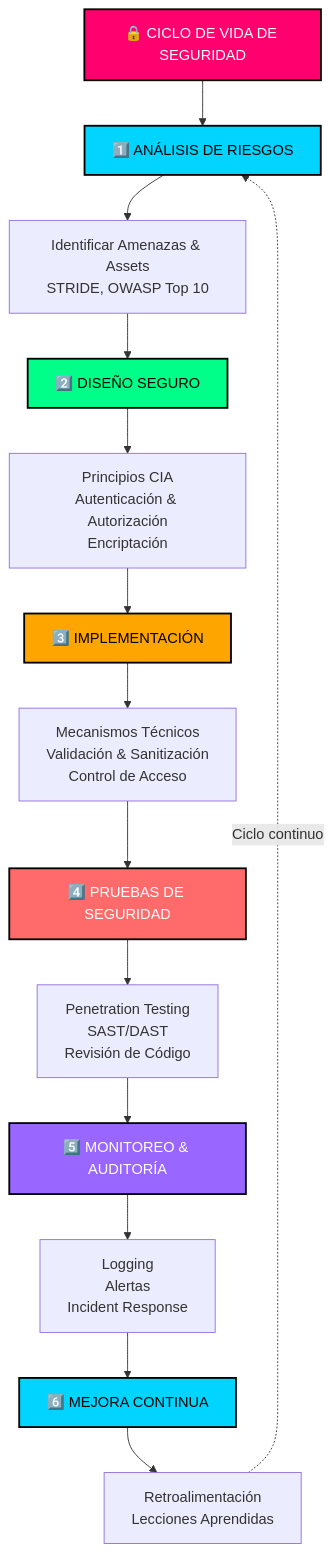
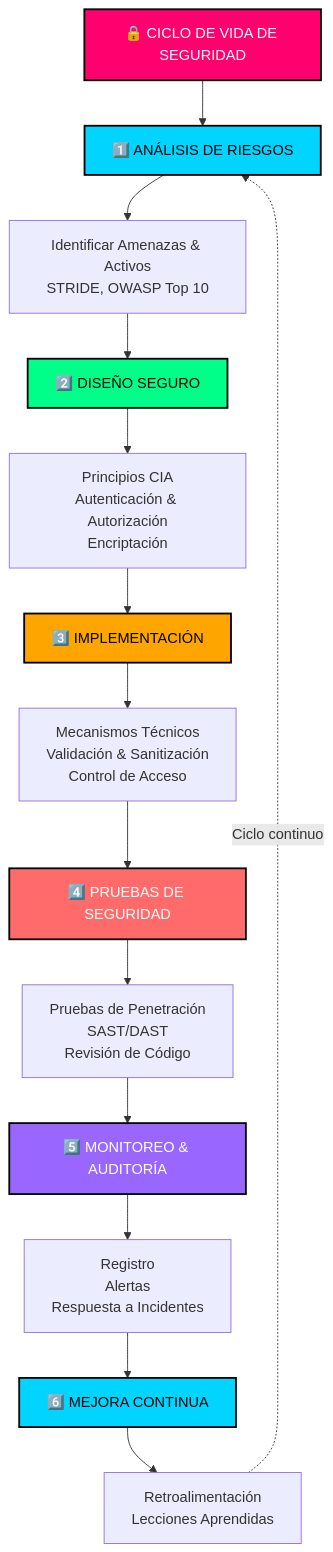
Before and after one commit to Grxson/punto-de-venta: the sixth of 6 diagrams in docs/MAPA-CONCEPTUAL-SEGURIDAD.md, drawn with Mermaid. The commit also changed 392 other files, not shown here.

````diff
--- a/docs/MAPA-CONCEPTUAL-SEGURIDAD.md
+++ b/docs/MAPA-CONCEPTUAL-SEGURIDAD.md
@@ -178,31 +178,31 @@
 ```mermaid
 graph TD
     A["🔒 CICLO DE VIDA DE SEGURIDAD"]
     
     A --> B["1️⃣ ANÁLISIS DE RIESGOS"]
-    B --> B_DESC["Identificar Amenazas & Assets<br/>STRIDE, OWASP Top 10"]
+    B -->     B_DESC["Identificar Amenazas & Activos<br/>STRIDE, OWASP Top 10"]
     B_DESC --> C["2️⃣ DISEÑO SEGURO"]
     
     C --> C_DESC["Principios CIA<br/>Autenticación & Autorización<br/>Encriptación"]
     C_DESC --> D["3️⃣ IMPLEMENTACIÓN"]
     
     D --> D_DESC["Mecanismos Técnicos<br/>Validación & Sanitización<br/>Control de Acceso"]
     D_DESC --> E["4️⃣ PRUEBAS DE SEGURIDAD"]
     
-    E --> E_DESC["Penetration Testing<br/>SAST/DAST<br/>Revisión de Código"]
+    E -->     E_DESC["Pruebas de Penetración<br/>SAST/DAST<br/>Revisión de Código"]
     E_DESC --> F["5️⃣ MONITOREO & AUDITORÍA"]
     
-    F --> F_DESC["Logging<br/>Alertas<br/>Incident Response"]
+    F -->     F_DESC["Registro<br/>Alertas<br/>Respuesta a Incidentes"]
     F_DESC --> G["6️⃣ MEJORA CONTINUA"]
     
     G --> G_DESC["Retroalimentación<br/>Lecciones Aprendidas"]
     G_DESC -.->|"Ciclo continuo"| B
     
     style A fill:#ff006e,stroke:#000,color:#fff,stroke-width:2px
     style B fill:#00d4ff,stroke:#000,color:#000,stroke-width:2px
     style C fill:#00ff88,stroke:#000,color:#000,stroke-width:2px
     style D fill:#ffa500,stroke:#000,color:#000,stroke-width:2px
     style E fill:#ff6b6b,stroke:#000,color:#fff,stroke-width:2px
     style F fill:#9966ff,stroke:#000,color:#fff,stroke-width:2px
     style G fill:#00d4ff,stroke:#000,color:#000,stroke-width:2px
 ```
````
